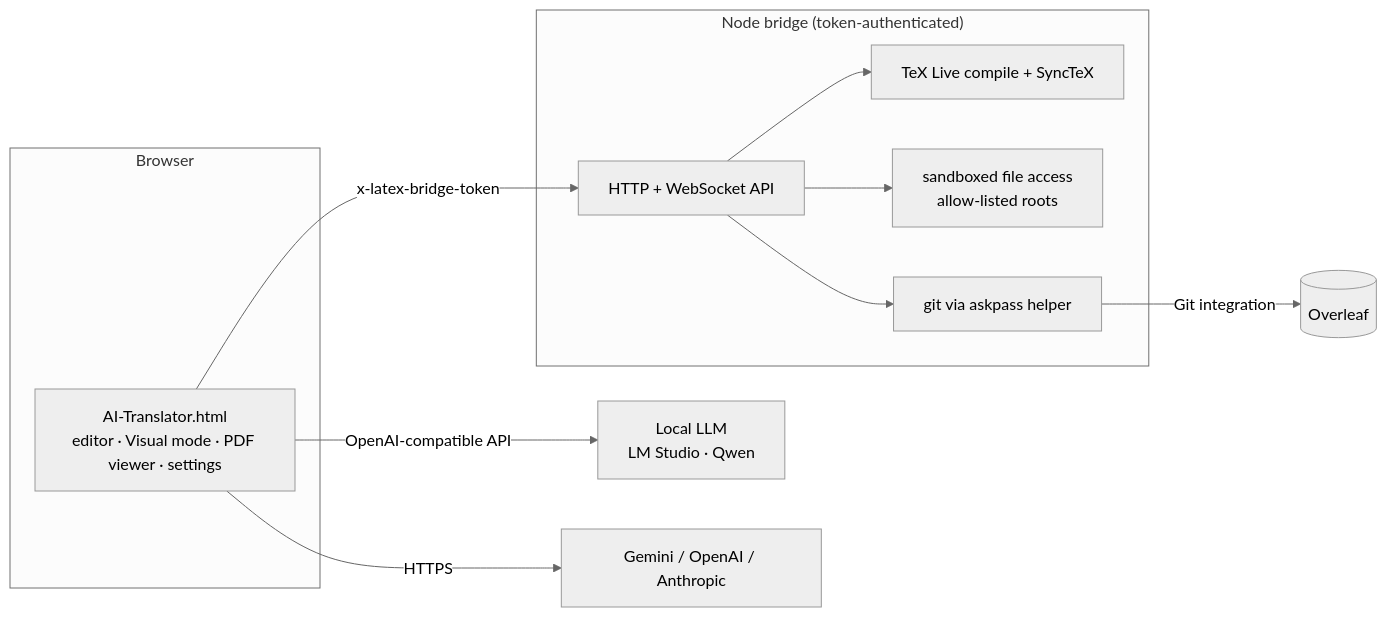
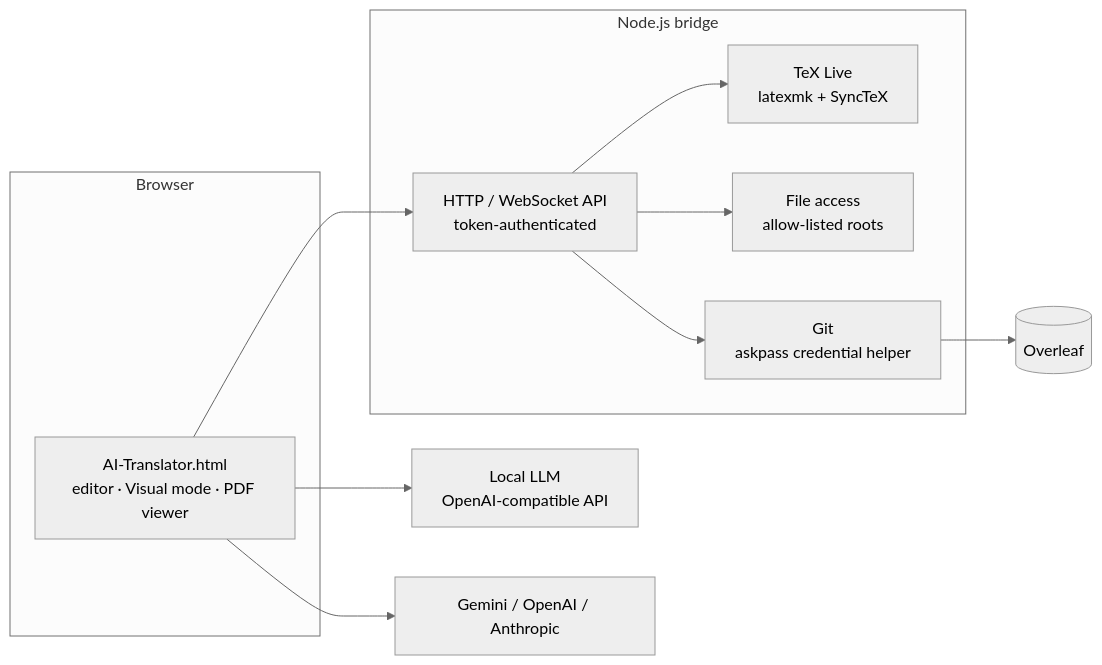
One commit to Umass308XiaofanLiu/overleaf-ai-translator changed the diagram in README.md. Above: the diagram before and after it, drawn with Mermaid (neutral theme). The commit also changed other lines of this file and 1 other file, not shown here.

Commit message:
README: restructure for clarity; add Visual mode screenshot

````diff
--- a/README.md
+++ b/README.md
@@ -37,19 +45,19 @@
 ```mermaid
 flowchart LR
     subgraph Browser
-        A[AI-Translator.html<br/>editor · Visual mode · PDF viewer · settings]
+        A["AI-Translator.html<br/>editor · Visual mode · PDF viewer"]
     end
-    subgraph Bridge["Node bridge (token-authenticated)"]
-        B[HTTP + WebSocket API]
-        C[TeX Live compile + SyncTeX]
-        D[sandboxed file access<br/>allow-listed roots]
-        E[git via askpass helper]
+    subgraph Bridge["Node.js bridge"]
+        B["HTTP / WebSocket API<br/>token-authenticated"]
+        C["TeX Live<br/>latexmk + SyncTeX"]
+        D["File access<br/>allow-listed roots"]
+        E["Git<br/>askpass credential helper"]
     end
-    A -- "x-latex-bridge-token" --> B
+    A --> B
     B --> C
     B --> D
     B --> E
-    E -- "Git integration" --> O[(Overleaf)]
-    A -- "OpenAI-compatible API" --> L[Local LLM<br/>LM Studio · Qwen]
-    A -- "HTTPS" --> H[Gemini / OpenAI / Anthropic]
+    E --> O[("Overleaf")]
+    A --> L["Local LLM<br/>OpenAI-compatible API"]
+    A --> H["Gemini / OpenAI / Anthropic"]
 ```
````
